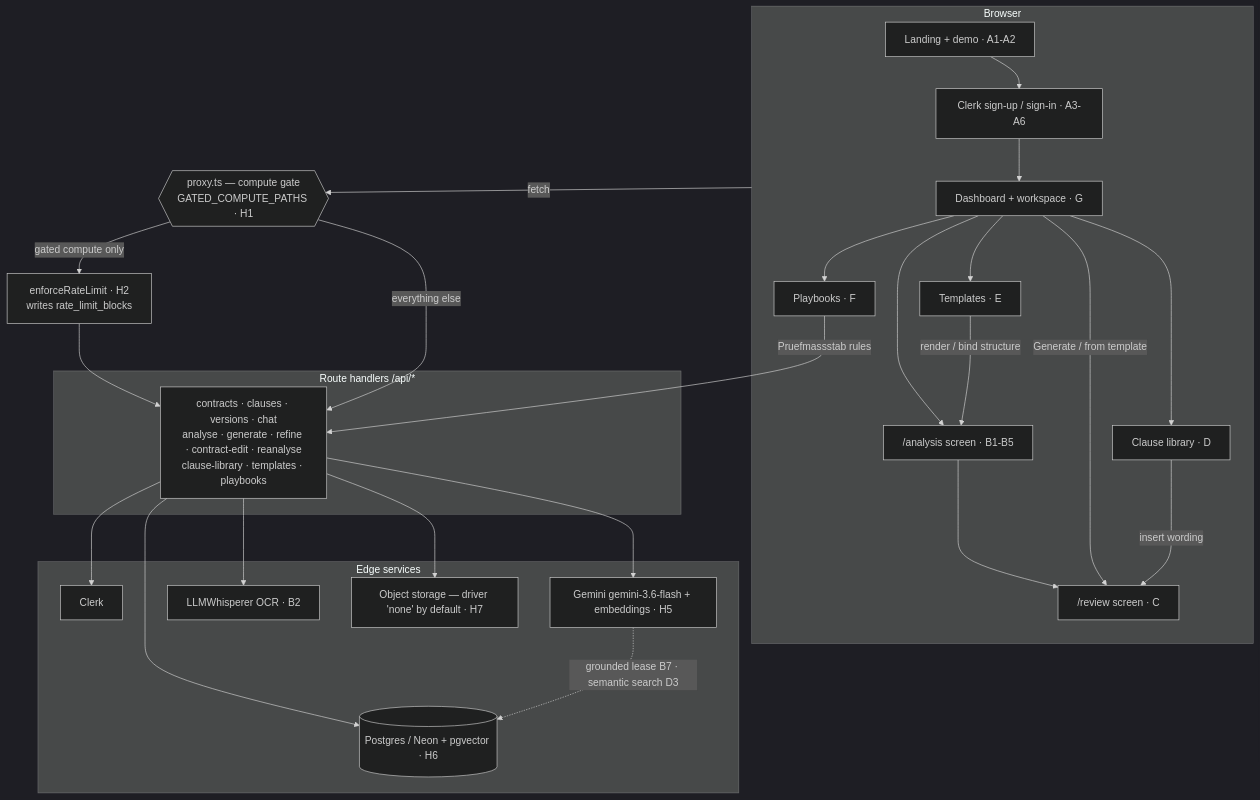
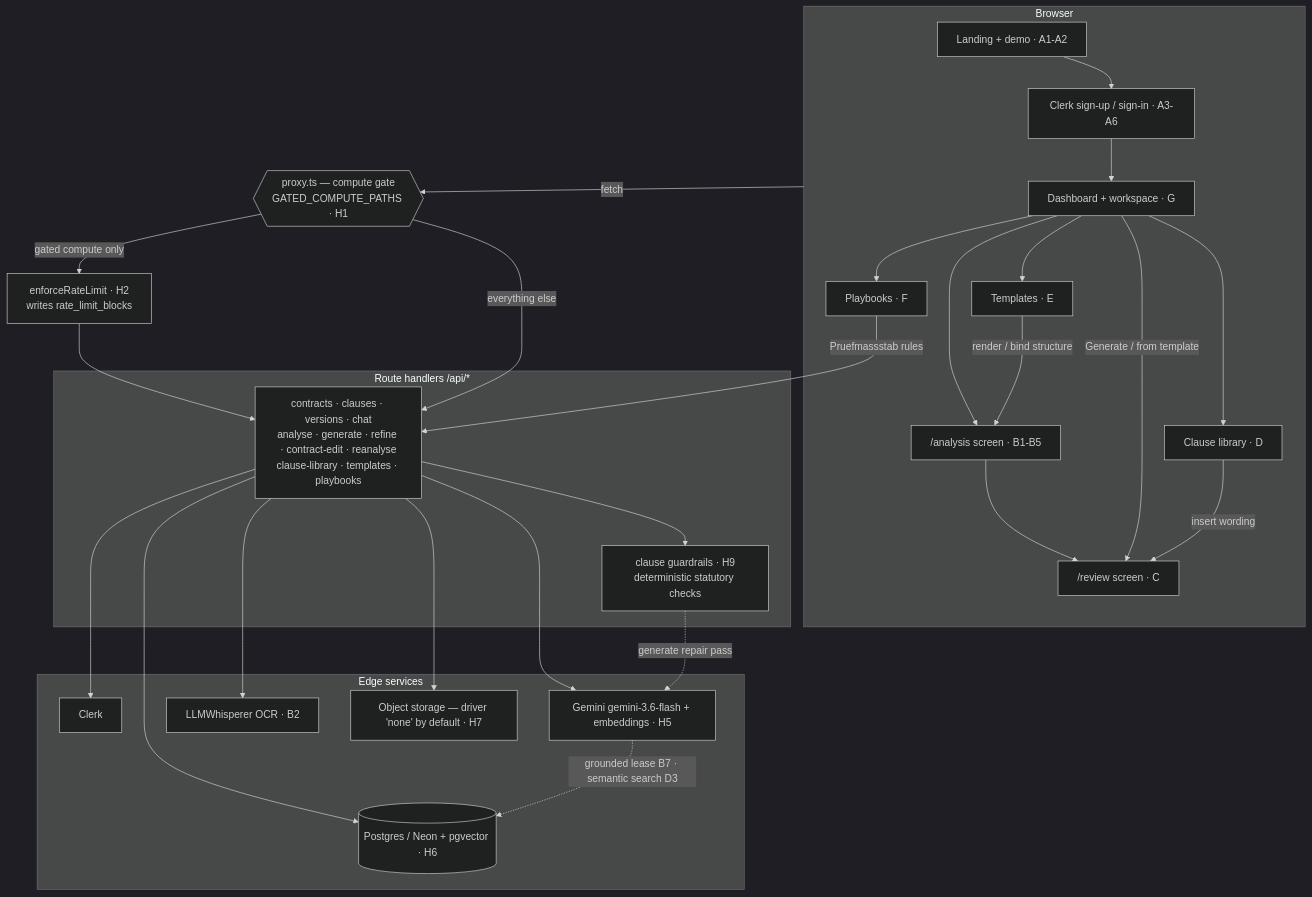
Before and after one commit to getlexora-ai/lexora: the diagram in docs/workflows/README.md, drawn with Mermaid (dark theme). The commit also changed other lines of this file and 7 other files, not shown here.

````diff
--- a/docs/workflows/README.md
+++ b/docs/workflows/README.md
@@ -11,42 +11,45 @@
 ```mermaid
 flowchart TD
   subgraph client [Browser]
     LAND["Landing + demo · A1-A2"]
     AUTH["Clerk sign-up / sign-in · A3-A6"]
     DASH["Dashboard + workspace · G"]
     ANL["/analysis screen · B1-B5"]
     REV["/review screen · C"]
     LIB["Clause library · D"]
     TPL["Templates · E"]
     PB["Playbooks · F"]
   end
 
   MW{{"proxy.ts — compute gate<br/>GATED_COMPUTE_PATHS · H1"}}
   RL["enforceRateLimit · H2<br/>writes rate_limit_blocks"]
 
   subgraph api ["Route handlers /api/*"]
     RH["contracts · clauses · versions · chat<br/>analyse · generate · refine · contract-edit · reanalyse<br/>clause-library · templates · playbooks"]
+    GRD["clause guardrails · H9<br/>deterministic statutory checks"]
   end
 
   subgraph ext [Edge services]
     CK["Clerk"]
     PG[("Postgres / Neon + pgvector · H6")]
     GM["Gemini gemini-3.6-flash + embeddings · H5"]
     LW["LLMWhisperer OCR · B2"]
     ST["Object storage — driver 'none' by default · H7"]
   end
 
   LAND --> AUTH --> DASH
   DASH --> ANL --> REV
   DASH -->|Generate / from template| REV
   DASH --> LIB & TPL & PB
   LIB -->|insert wording| REV
   TPL -->|render / bind structure| ANL
   PB -->|Pruefmassstab rules| RH
 
   client -->|fetch| MW
   MW -->|gated compute only| RL --> RH
   MW -->|everything else| RH
   RH --> CK & PG & GM & LW & ST
+  RH --> GRD
+  GRD -.->|generate repair pass| GM
   GM -.->|grounded lease B7 · semantic search D3| PG
 ```
````
